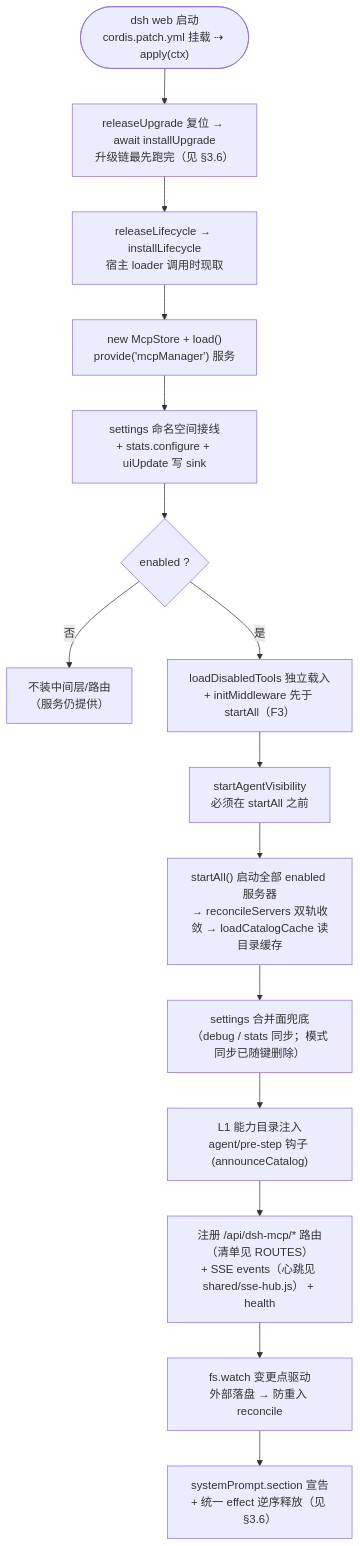
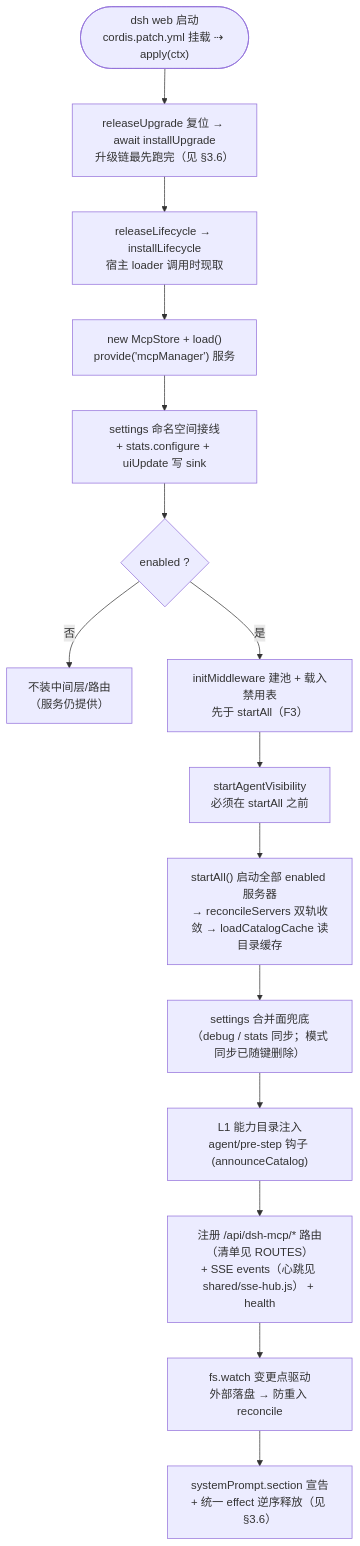
The second of 5 diagrams in docs/architecture/dsh-mcp-manager.md (wingsky-1/dsh-plugin-hub), drawn with Mermaid before and after one commit. The commit also changed other lines of this file and 27 other files, not shown here.

````diff
--- a/docs/architecture/dsh-mcp-manager.md
+++ b/docs/architecture/dsh-mcp-manager.md
@@ -99,17 +99,17 @@
 ```mermaid
 flowchart TD
     S(["dsh web 启动<br/>cordis.patch.yml 挂载 ⇢ apply(ctx)"]) --> U["releaseUpgrade 复位 → await installUpgrade<br/>升级链最先跑完（见 §3.6）"]
     U --> L["releaseLifecycle → installLifecycle<br/>宿主 loader 调用时现取"]
     L --> ST["new McpStore + load()<br/>provide('mcpManager') 服务"]
     ST --> C["settings 命名空间接线<br/>+ stats.configure + uiUpdate 写 sink"]
     C --> E{"enabled ?"}
     E -->|"否"| Z["不装中间层/路由<br/>（服务仍提供）"]
-    E -->|"是"| D["loadDisabledTools 独立载入<br/>+ initMiddleware 先于 startAll（F3）"]
+    E -->|"是"| D["initMiddleware 建池 + 载入禁用表<br/>先于 startAll（F3）"]
     D --> V["startAgentVisibility<br/>必须在 startAll 之前"]
     V --> H["startAll() 启动全部 enabled 服务器<br/>→ reconcileServers 双轨收敛 → loadCatalogCache 读目录缓存"]
     H --> I["settings 合并面兜底<br/>（debug / stats 同步；模式同步已随键删除）"]
     I --> J["L1 能力目录注入<br/>agent/pre-step 钩子 (announceCatalog)"]
     J --> K["注册 /api/dsh-mcp/* 路由（清单见 ROUTES）<br/>+ SSE events（心跳见 shared/sse-hub.js） + health"]
     K --> W["fs.watch 变更点驱动<br/>外部落盘 → 防重入 reconcile"]
     W --> M["systemPrompt.section 宣告<br/>+ 统一 effect 逆序释放（见 §3.6）"]
 ```
````
